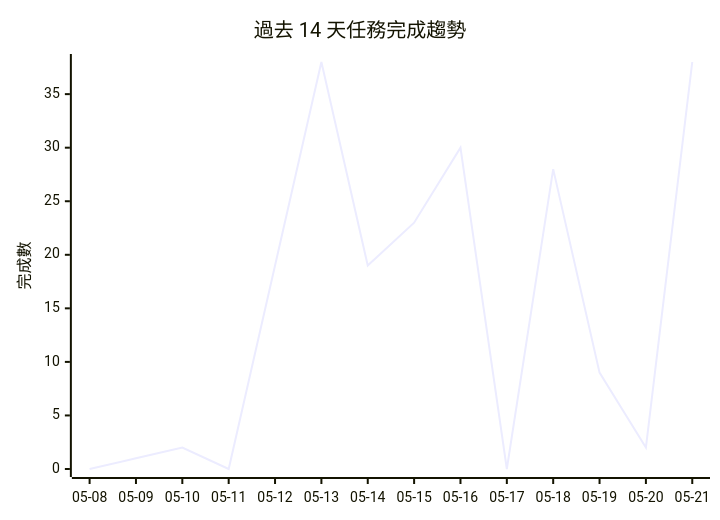
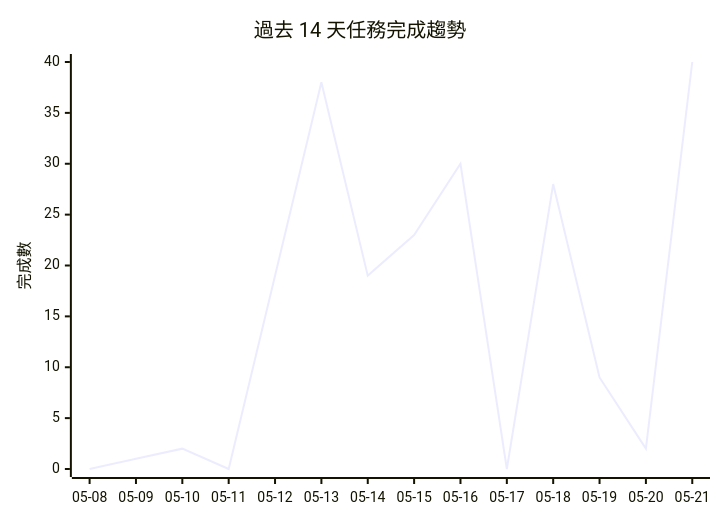
One commit to openclawchen8-lgtm/openclawchen8-lgtm changed the diagram in README.md. Above: the diagram before and after it, drawn with Mermaid. The commit also changed other lines of this file, not shown here.

````diff
--- a/README.md
+++ b/README.md
@@ -152,7 +151,7 @@
 ```mermaid
 xychart-beta
     title "過去 14 天任務完成趨勢"
     x-axis ["05-08", "05-09", "05-10", "05-11", "05-12", "05-13", "05-14", "05-15", "05-16", "05-17", "05-18", "05-19", "05-20", "05-21"]
-    y-axis "完成數" 0 --> 38
-    line [0, 1, 2, 0, 19, 38, 19, 23, 30, 0, 28, 9, 2, 38]
+    y-axis "完成數" 0 --> 40
+    line [0, 1, 2, 0, 19, 38, 19, 23, 30, 0, 28, 9, 2, 40]
 ```
````
